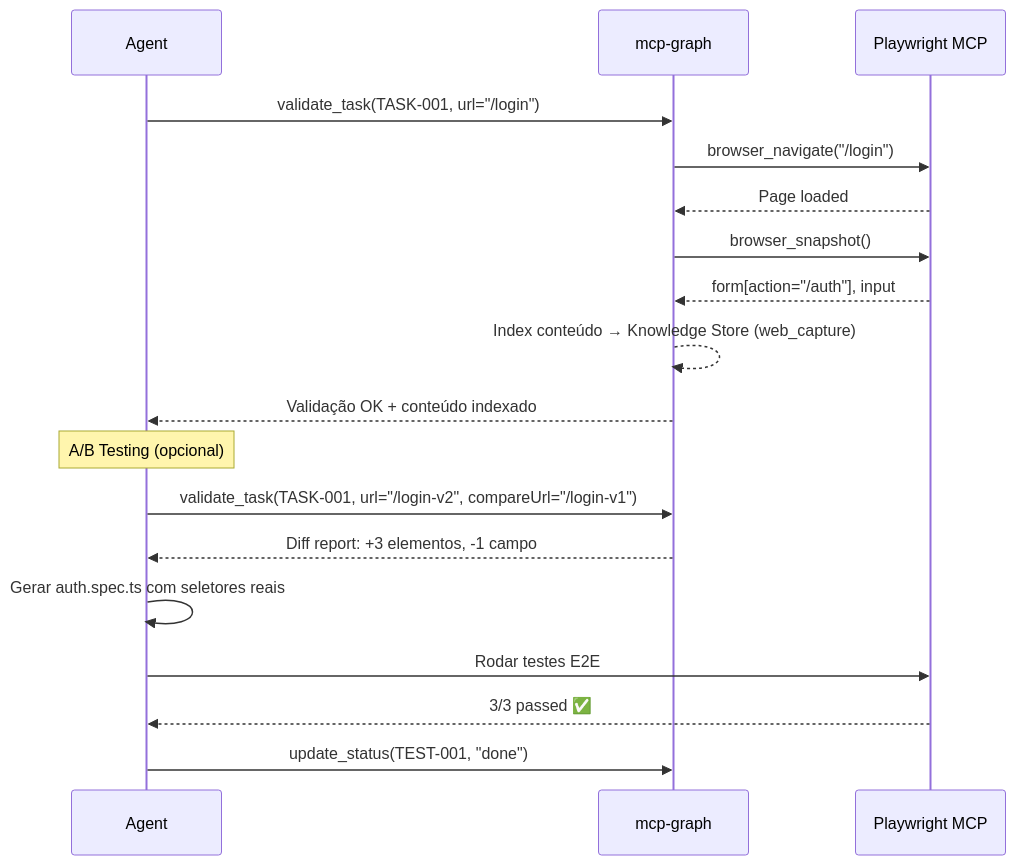
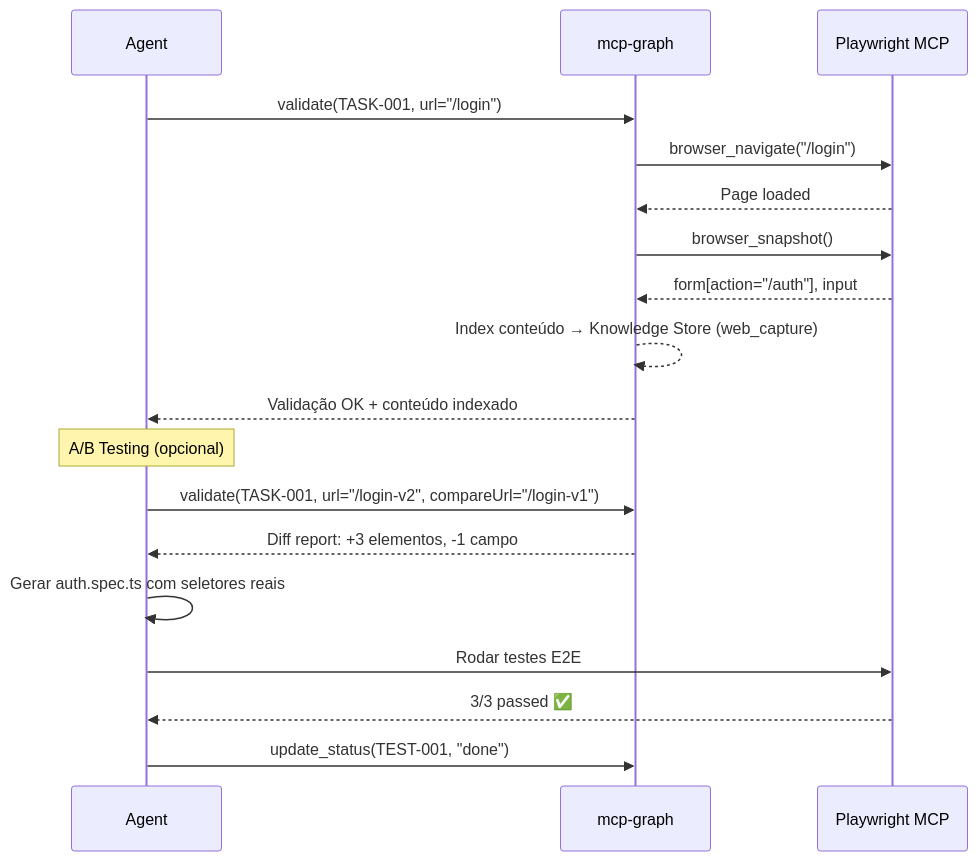
The tenth of 20 diagrams in docs/reference/LIFECYCLE.md (sraphaz/mcp-graph-workflow), drawn with Mermaid before and after one commit. The commit also changed other lines of this file and 170 other files, not shown here.

````diff
--- a/docs/reference/LIFECYCLE.md
+++ b/docs/reference/LIFECYCLE.md
@@ -395,23 +395,23 @@
 ```mermaid
 sequenceDiagram
     participant A as Agent
     participant MCP as mcp-graph
     participant PW as Playwright MCP
 
-    A->>MCP: validate_task(TASK-001, url="/login")
+    A->>MCP: validate(TASK-001, url="/login")
     MCP->>PW: browser_navigate("/login")
     PW-->>MCP: Page loaded
     MCP->>PW: browser_snapshot()
     PW-->>MCP: form[action="/auth"], input#email, input#password
     MCP-->>MCP: Index conteúdo → Knowledge Store (web_capture)
     MCP-->>A: Validação OK + conteúdo indexado
 
     Note over A: A/B Testing (opcional)
-    A->>MCP: validate_task(TASK-001, url="/login-v2", compareUrl="/login-v1")
+    A->>MCP: validate(TASK-001, url="/login-v2", compareUrl="/login-v1")
     MCP-->>A: Diff report: +3 elementos, -1 campo
 
     A->>A: Gerar auth.spec.ts com seletores reais
     A->>PW: Rodar testes E2E
     PW-->>A: 3/3 passed ✅
     A->>MCP: update_status(TEST-001, "done")
 ```
````
